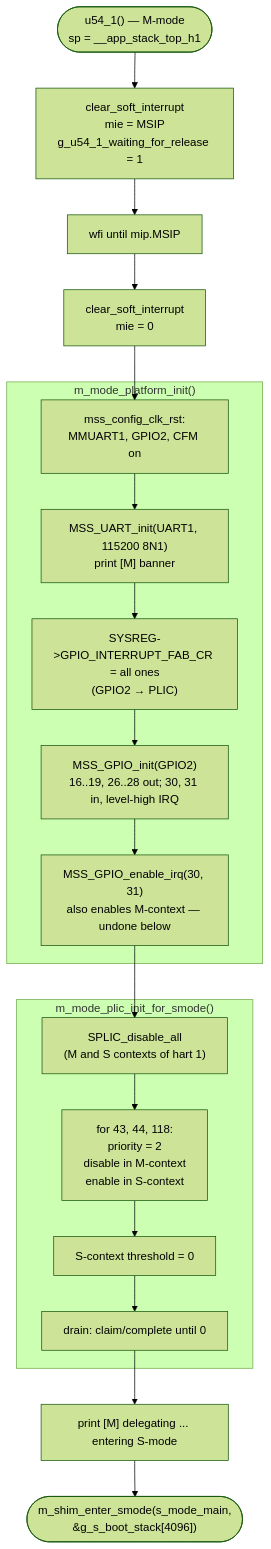
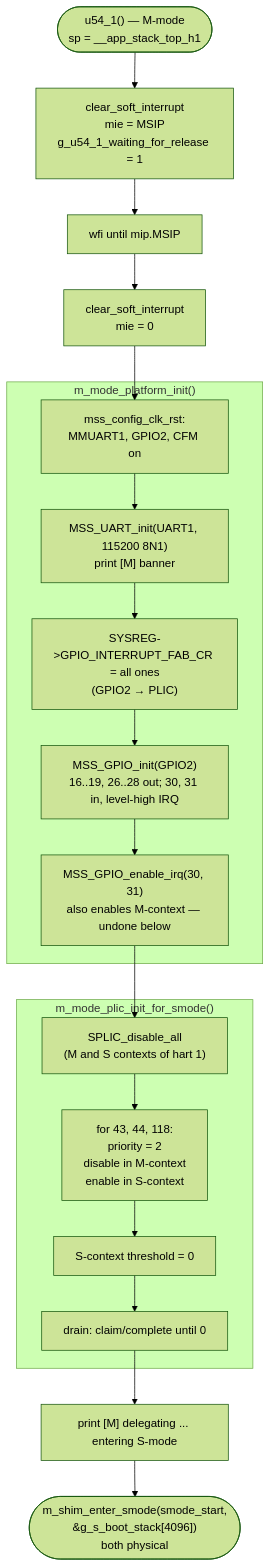
Before and after one commit to InuyashaITB/mpfs-freertos-smode: the fourth of 12 diagrams in docs/boot-to-smode.md, drawn with Mermaid (forest theme). The commit also changed other lines of this file, not shown here.

First line of the commit message:
Document the Sv39 bring-up in the boot-flow diagrams

````diff
--- a/docs/boot-to-smode.md
+++ b/docs/boot-to-smode.md
@@ -144,24 +160,24 @@
 ```mermaid
 flowchart TD
     A(["u54_1() — M-mode<br/>sp = __app_stack_top_h1"]) --> B["clear_soft_interrupt<br/>mie = MSIP<br/>g_u54_1_waiting_for_release = 1"]
     B --> C["wfi until mip.MSIP"]
     C --> D["clear_soft_interrupt<br/>mie = 0"]
 
     D --> P1
     subgraph PLAT ["m_mode_platform_init()"]
         P1["mss_config_clk_rst:<br/>MMUART1, GPIO2, CFM on"] --> P2["MSS_UART_init(UART1, 115200 8N1)<br/>print [M] banner"]
         P2 --> P3["SYSREG->GPIO_INTERRUPT_FAB_CR = all ones<br/>(GPIO2 → PLIC)"]
         P3 --> P4["MSS_GPIO_init(GPIO2)<br/>16..19, 26..28 out; 30, 31 in, level-high IRQ"]
         P4 --> P5["MSS_GPIO_enable_irq(30, 31)<br/>also enables M-context — undone below"]
     end
 
     P5 --> Q1
     subgraph PLICS ["m_mode_plic_init_for_smode()"]
         Q1["SPLIC_disable_all<br/>(M and S contexts of hart 1)"] --> Q2["for 43, 44, 118:<br/>priority = 2<br/>disable in M-context<br/>enable in S-context"]
         Q2 --> Q3["S-context threshold = 0"]
         Q3 --> Q4["drain: claim/complete until 0"]
     end
 
     Q4 --> R["print [M] delegating ... entering S-mode"]
-    R --> S(["m_shim_enter_smode(s_mode_main,<br/>&g_s_boot_stack[4096])"])
+    R --> S(["m_shim_enter_smode(smode_start,<br/>&g_s_boot_stack[4096])<br/>both physical"])
 ```
````
